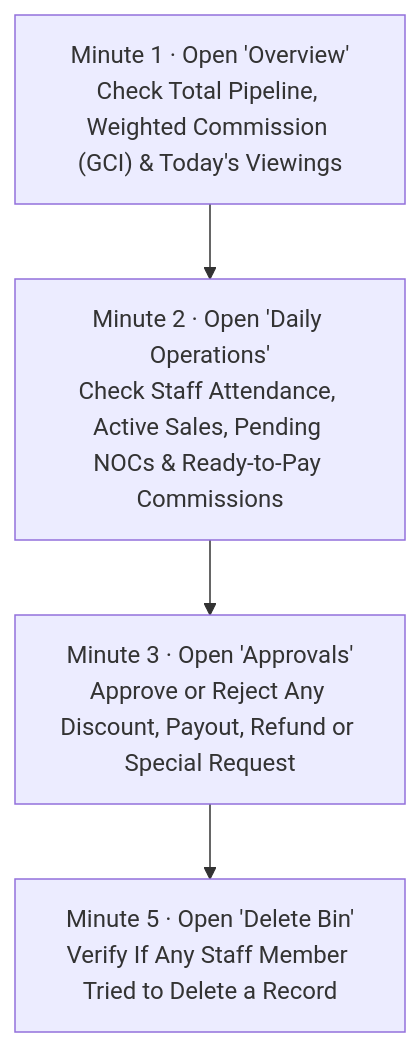
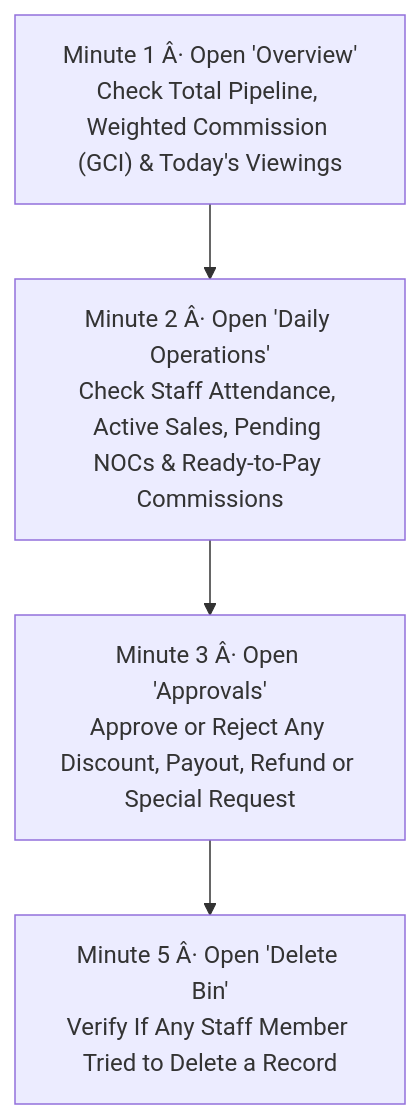
The second of 2 diagrams in docs/OWNER_MASTER_HANDBOOK.md (swkpropertiesuae/swkpropertiesOS), drawn with Mermaid before and after one commit. The commit also changed other lines of this file and 22 other files, not shown here.

````diff
--- a/docs/OWNER_MASTER_HANDBOOK.md
+++ b/docs/OWNER_MASTER_HANDBOOK.md
@@ -141,6 +141,6 @@
 ```mermaid
 flowchart TD
-  S1["Minute 1 · Open 'Overview'\nCheck Total Pipeline, Weighted Commission (GCI) & Today's Viewings"] --> S2["Minute 2 · Open 'Daily Operations'\nCheck Staff Attendance, Active Sales, Pending NOCs & Ready-to-Pay Commissions"]
-  S2 --> S3["Minute 3 · Open 'Approvals'\nApprove or Reject Any Discount, Payout, Refund or Special Request"]
-  S3 --> S4["Minute 5 · Open 'Delete Bin'\nVerify If Any Staff Member Tried to Delete a Record"]
+  S1["Minute 1 Â· Open 'Overview'\nCheck Total Pipeline, Weighted Commission (GCI) & Today's Viewings"] --> S2["Minute 2 Â· Open 'Daily Operations'\nCheck Staff Attendance, Active Sales, Pending NOCs & Ready-to-Pay Commissions"]
+  S2 --> S3["Minute 3 Â· Open 'Approvals'\nApprove or Reject Any Discount, Payout, Refund or Special Request"]
+  S3 --> S4["Minute 5 Â· Open 'Delete Bin'\nVerify If Any Staff Member Tried to Delete a Record"]
 ```
````
